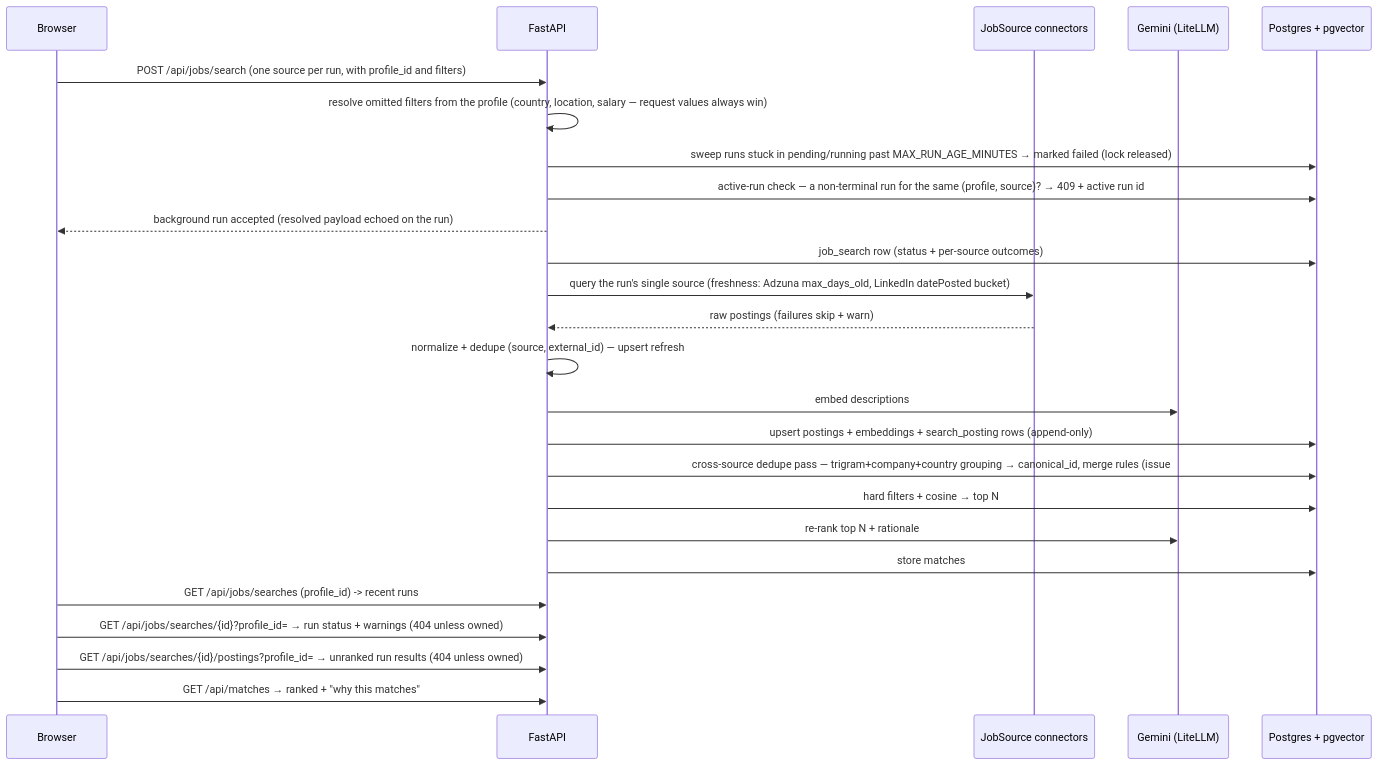
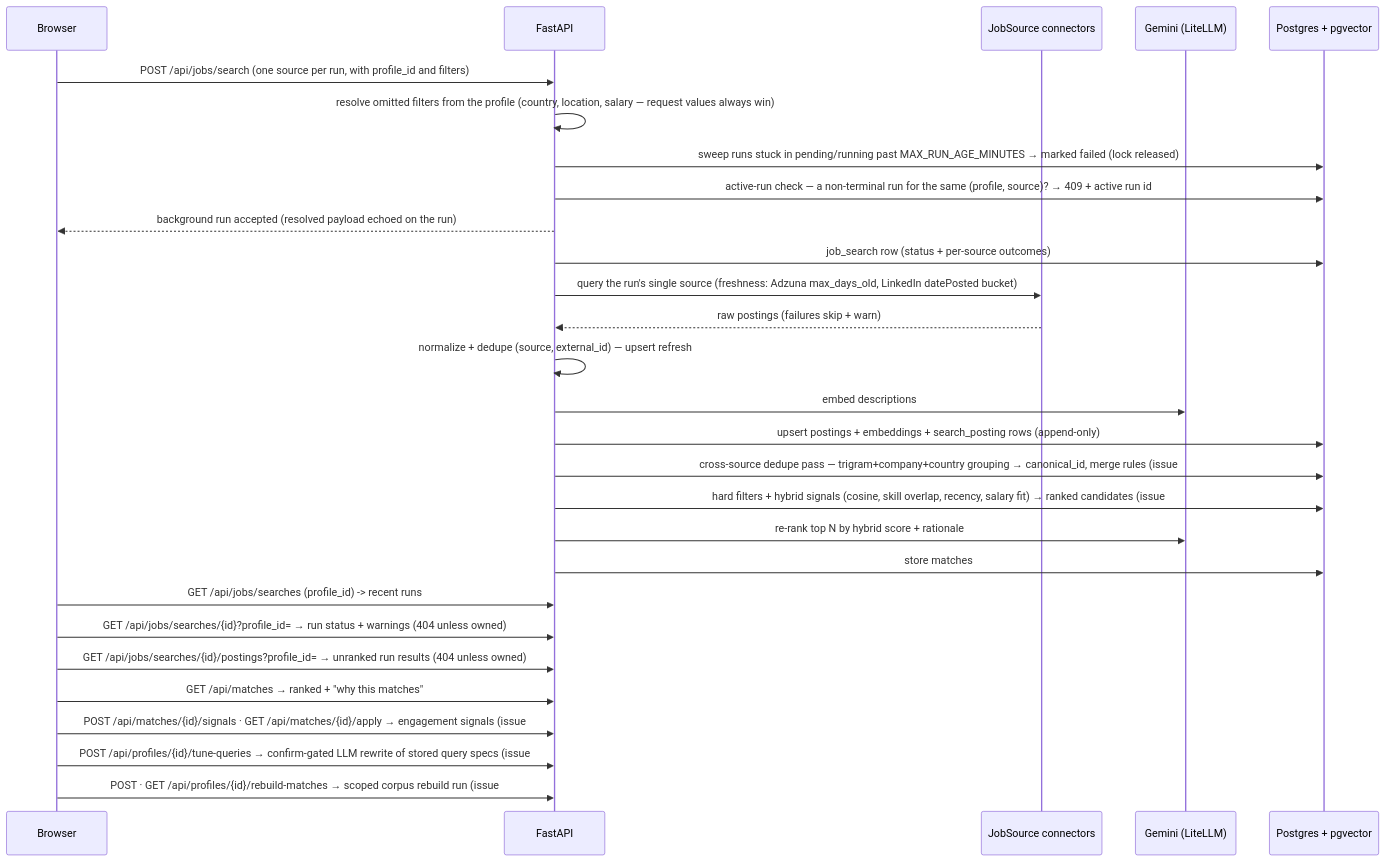
Before and after one commit to MSVhora/ai_job_assistant: the third of 4 diagrams in docs/architecture.md, drawn with Mermaid. The commit also changed other lines of this file and 9 other files, not shown here.

First line of the commit message:
docs: bring architecture, guides and README up to date with v4

````diff
--- a/docs/architecture.md
+++ b/docs/architecture.md
@@ -98,28 +99,31 @@
 ```mermaid
 sequenceDiagram
     participant B as Browser
     participant A as FastAPI
     participant C as JobSource connectors
     participant G as Gemini (LiteLLM)
     participant D as Postgres + pgvector
 
     B->>A: POST /api/jobs/search (one source per run, with profile_id and filters)
     A->>A: resolve omitted filters from the profile (country, location, salary — request values always win)
     A->>D: sweep runs stuck in pending/running past MAX_RUN_AGE_MINUTES → marked failed (lock released)
     A->>D: active-run check — a non-terminal run for the same (profile, source)? → 409 + active run id
     A-->>B: background run accepted (resolved payload echoed on the run)
     A->>D: job_search row (status + per-source outcomes)
     A->>C: query the run's single source (freshness: Adzuna max_days_old, LinkedIn datePosted bucket)
     C-->>A: raw postings (failures skip + warn)
     A->>A: normalize + dedupe (source, external_id) — upsert refresh
     A->>G: embed descriptions
     A->>D: upsert postings + embeddings + search_posting rows (append-only)
     A->>D: cross-source dedupe pass — trigram+company+country grouping → canonical_id, merge rules (issue #38)
-    A->>D: hard filters + cosine → top N
-    A->>G: re-rank top N + rationale
+    A->>D: hard filters + hybrid signals (cosine, skill overlap, recency, salary fit) → ranked candidates (issue #37)
+    A->>G: re-rank top N by hybrid score + rationale
     A->>D: store matches
     B->>A: GET /api/jobs/searches (profile_id) -> recent runs
     B->>A: GET /api/jobs/searches/{id}?profile_id= → run status + warnings (404 unless owned)
     B->>A: GET /api/jobs/searches/{id}/postings?profile_id= → unranked run results (404 unless owned)
     B->>A: GET /api/matches → ranked + "why this matches"
+    B->>A: POST /api/matches/{id}/signals · GET /api/matches/{id}/apply → engagement signals (issue #39)
+    B->>A: POST /api/profiles/{id}/tune-queries → confirm-gated LLM rewrite of stored query specs (issue #39)
+    B->>A: POST · GET /api/profiles/{id}/rebuild-matches → scoped corpus rebuild run (issue #25)
 ```
````
